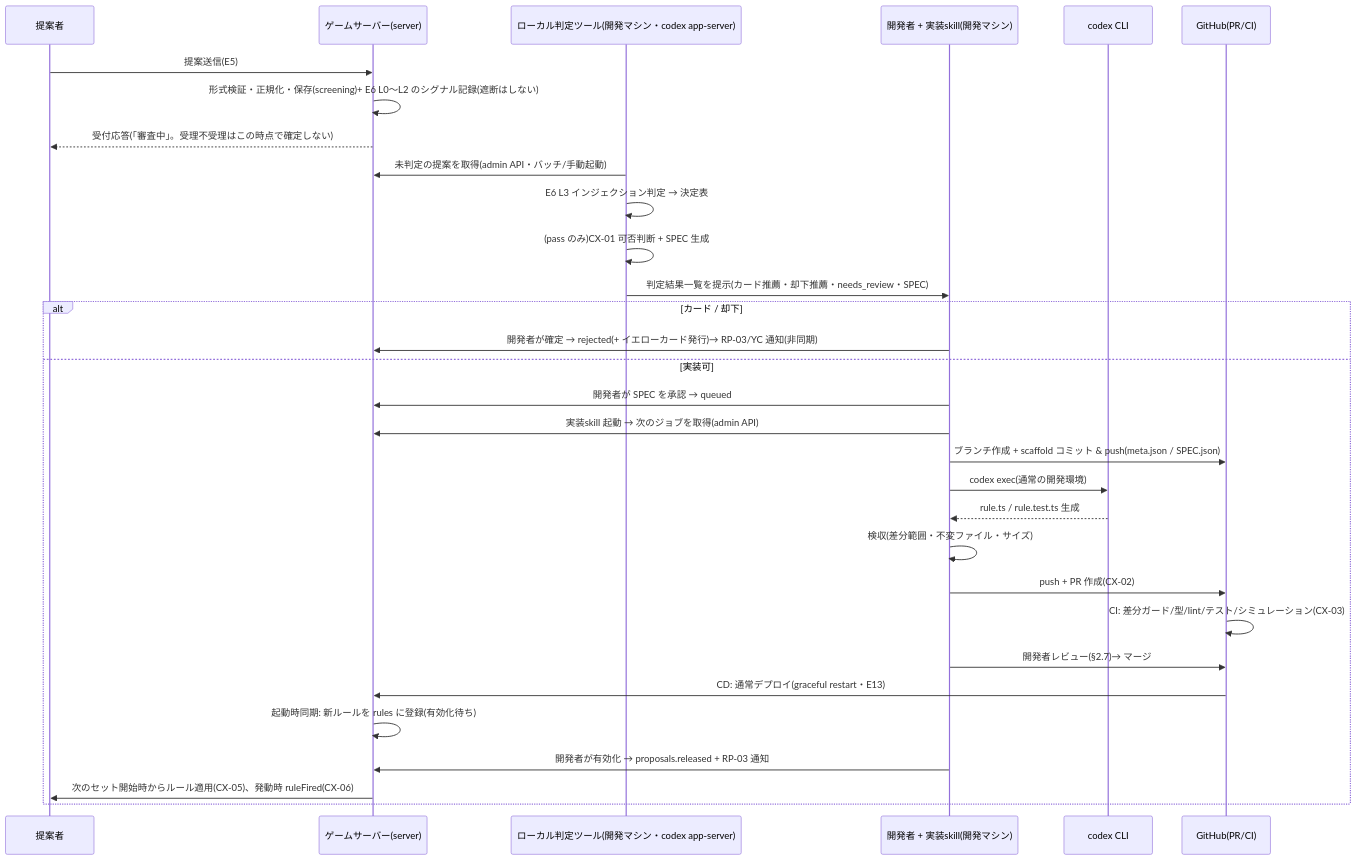
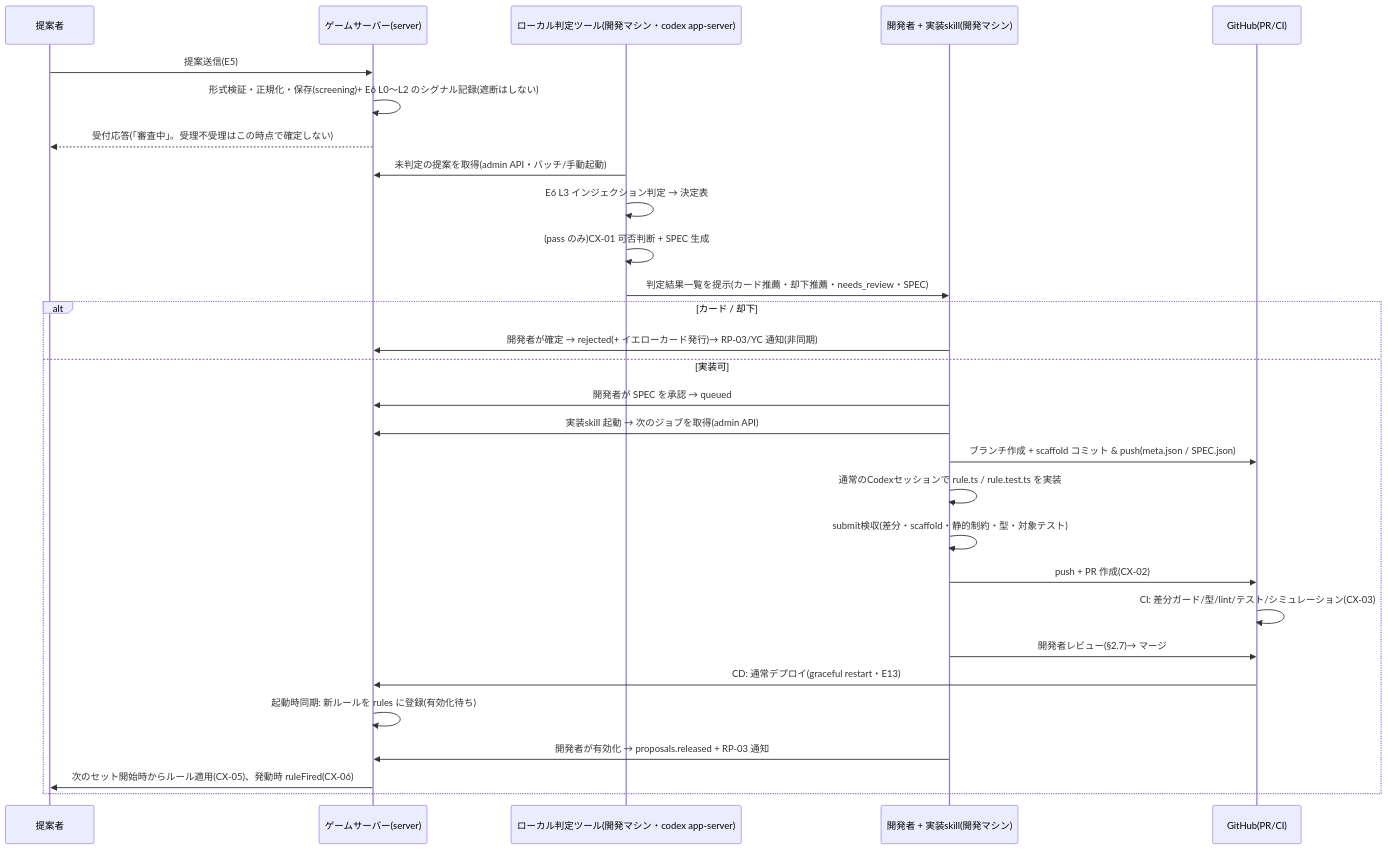
One commit to qsona/daifugo-together changed the diagram in docs/epics/E07-codex-pipeline.md. Above: the diagram before and after it, drawn with Mermaid. The commit also changed other lines of this file and 25 other files, not shown here.

Commit message:
Run rule implementation in Codex app sessions

````diff
--- a/docs/epics/E07-codex-pipeline.md
+++ b/docs/epics/E07-codex-pipeline.md
@@ -81,34 +90,32 @@
 ```mermaid
 sequenceDiagram
     participant U as 提案者
     participant S as ゲームサーバー(server)
     participant J as ローカル判定ツール(開発マシン・codex app-server)
     participant D as 開発者 + 実装skill(開発マシン)
-    participant C as codex CLI
     participant G as GitHub(PR/CI)
 
     U->>S: 提案送信(E5)
     S->>S: 形式検証・正規化・保存(screening)+ E6 L0〜L2 のシグナル記録(遮断はしない)
     S-->>U: 受付応答(「審査中」。受理不受理はこの時点で確定しない)
     J->>S: 未判定の提案を取得(admin API・バッチ/手動起動)
     J->>J: E6 L3 インジェクション判定 → 決定表
     J->>J: (pass のみ)CX-01 可否判断 + SPEC 生成
     J->>D: 判定結果一覧を提示(カード推薦・却下推薦・needs_review・SPEC)
     alt カード / 却下
         D->>S: 開発者が確定 → rejected(+ イエローカード発行)→ RP-03/YC 通知(非同期)
     else 実装可
         D->>S: 開発者が SPEC を承認 → queued
         D->>S: 実装skill 起動 → 次のジョブを取得(admin API)
         D->>G: ブランチ作成 + scaffold コミット & push(meta.json / SPEC.json)
-        D->>C: codex exec(通常の開発環境)
-        C-->>D: rule.ts / rule.test.ts 生成
-        D->>D: 検収(差分範囲・不変ファイル・サイズ)
+        D->>D: 通常のCodexセッションで rule.ts / rule.test.ts を実装
+        D->>D: submit検収(差分・scaffold・静的制約・型・対象テスト)
         D->>G: push + PR 作成(CX-02)
         G->>G: CI: 差分ガード/型/lint/テスト/シミュレーション(CX-03)
         D->>G: 開発者レビュー(§2.7)→ マージ
         G->>S: CD: 通常デプロイ(graceful restart・E13)
         S->>S: 起動時同期: 新ルールを rules に登録(有効化待ち)
         D->>S: 開発者が有効化 → proposals.released + RP-03 通知
         S->>U: 次のセット開始時からルール適用(CX-05)、発動時 ruleFired(CX-06)
     end
 ```
````
